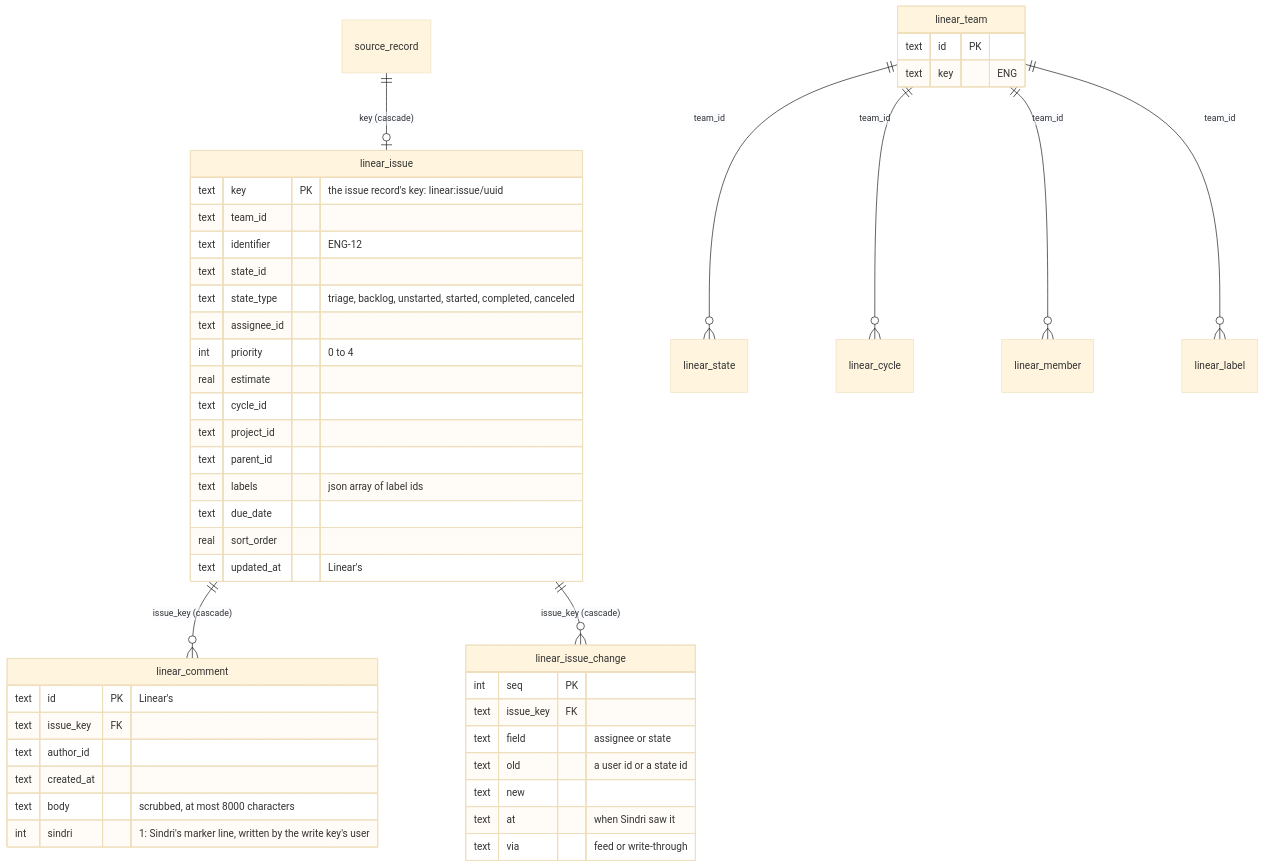
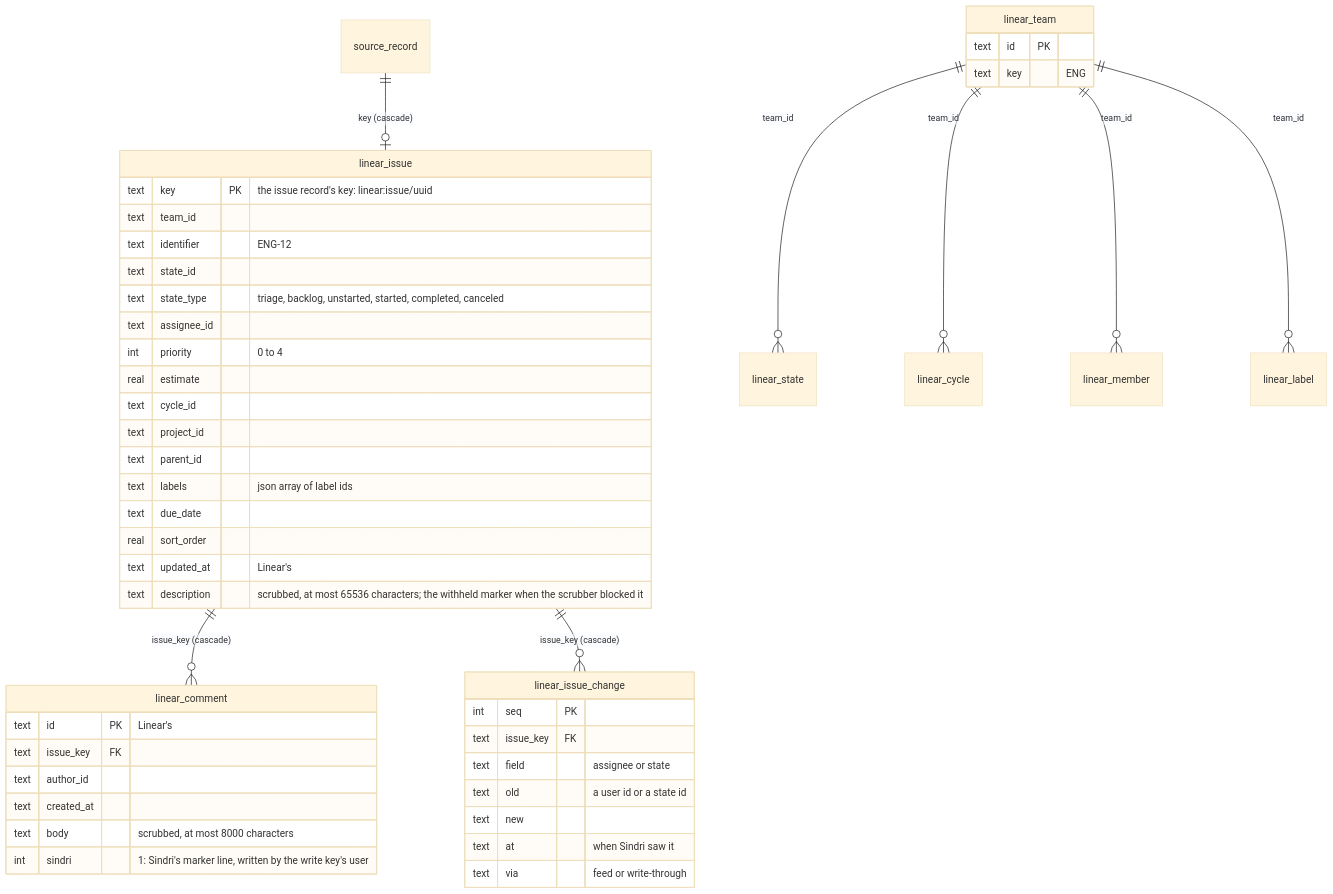
The third of 3 diagrams in planning/ERD.md (jthorare/agentic-workflow), drawn with Mermaid (base theme) before and after one commit. The commit also changed 15 other files, not shown here.

Commit message:
feat: linear_issue keeps the scrubbed description and IssueGet returns it (Part of #2077)

````diff
--- a/planning/ERD.md
+++ b/planning/ERD.md
@@ -144,48 +144,49 @@
 ```mermaid
 erDiagram
     source_record ||--o| linear_issue : "key (cascade)"
     linear_issue ||--o{ linear_comment : "issue_key (cascade)"
     linear_issue ||--o{ linear_issue_change : "issue_key (cascade)"
     linear_team ||--o{ linear_state : "team_id"
     linear_team ||--o{ linear_cycle : "team_id"
     linear_team ||--o{ linear_member : "team_id"
     linear_team ||--o{ linear_label : "team_id"
     linear_issue {
         text key PK "the issue record's key: linear:issue/uuid"
         text team_id
         text identifier "ENG-12"
         text state_id
         text state_type "triage, backlog, unstarted, started, completed, canceled"
         text assignee_id
         int priority "0 to 4"
         real estimate
         text cycle_id
         text project_id
         text parent_id
         text labels "json array of label ids"
         text due_date
         real sort_order
         text updated_at "Linear's"
+        text description "scrubbed, at most 65536 characters; the withheld marker when the scrubber blocked it"
     }
     linear_comment {
         text id PK "Linear's"
         text issue_key FK
         text author_id
         text created_at
         text body "scrubbed, at most 8000 characters"
         int sindri "1: Sindri's marker line, written by the write key's user"
     }
     linear_issue_change {
         int seq PK
         text issue_key FK
         text field "assignee or state"
         text old "a user id or a state id"
         text new
         text at "when Sindri saw it"
         text via "feed or write-through"
     }
     linear_team {
         text id PK
         text key "ENG"
     }
 ```
````
